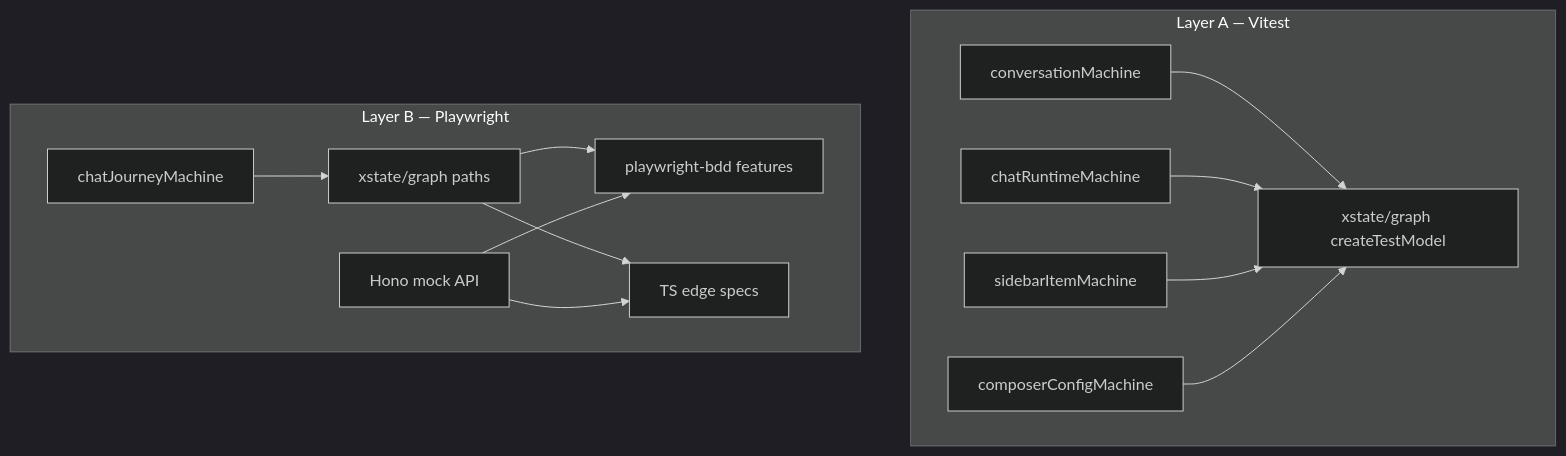
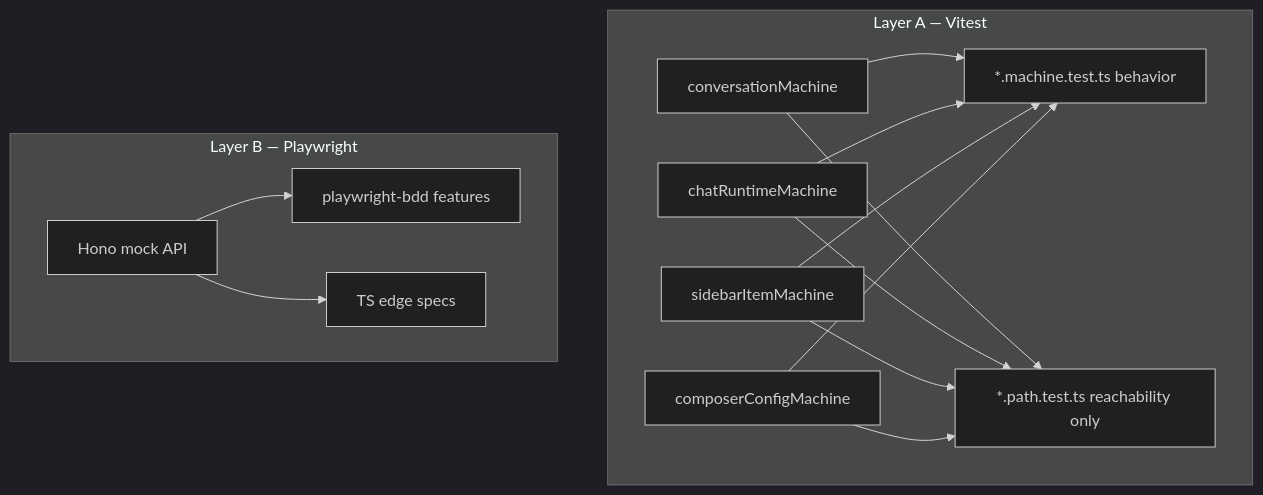
Before and after one commit to astahmer/emi-healthfit: the diagram in plans/chat-e2e-coverage.md, drawn with Mermaid (dark theme). The commit also changed other lines of this file and 3 other files, not shown here.

First line of the commit message:
test(chat): drop unused chatJourneyMachine twin

````diff
--- a/plans/chat-e2e-coverage.md
+++ b/plans/chat-e2e-coverage.md
@@ -43,27 +45,27 @@
 ```mermaid
 flowchart TB
   subgraph layerA [Layer A — Vitest]
     CM[conversationMachine]
     RM[chatRuntimeMachine]
     SM[sidebarItemMachine]
     PM[composerConfigMachine]
-    Graph["xstate/graph createTestModel"]
-    CM --> Graph
-    RM --> Graph
-    SM --> Graph
-    PM --> Graph
+    Unit["*.machine.test.ts behavior"]
+    Paths["*.path.test.ts reachability only"]
+    CM --> Unit
+    RM --> Unit
+    SM --> Unit
+    PM --> Unit
+    CM --> Paths
+    RM --> Paths
+    SM --> Paths
+    PM --> Paths
   end
 
   subgraph layerB [Layer B — Playwright]
-    Journey[chatJourneyMachine]
-    GraphB["xstate/graph paths"]
     Mock[Hono mock API]
     BDD[playwright-bdd features]
     TS[TS edge specs]
-    Journey --> GraphB
-    GraphB --> BDD
-    GraphB --> TS
     Mock --> BDD
     Mock --> TS
   end
 ```
````
